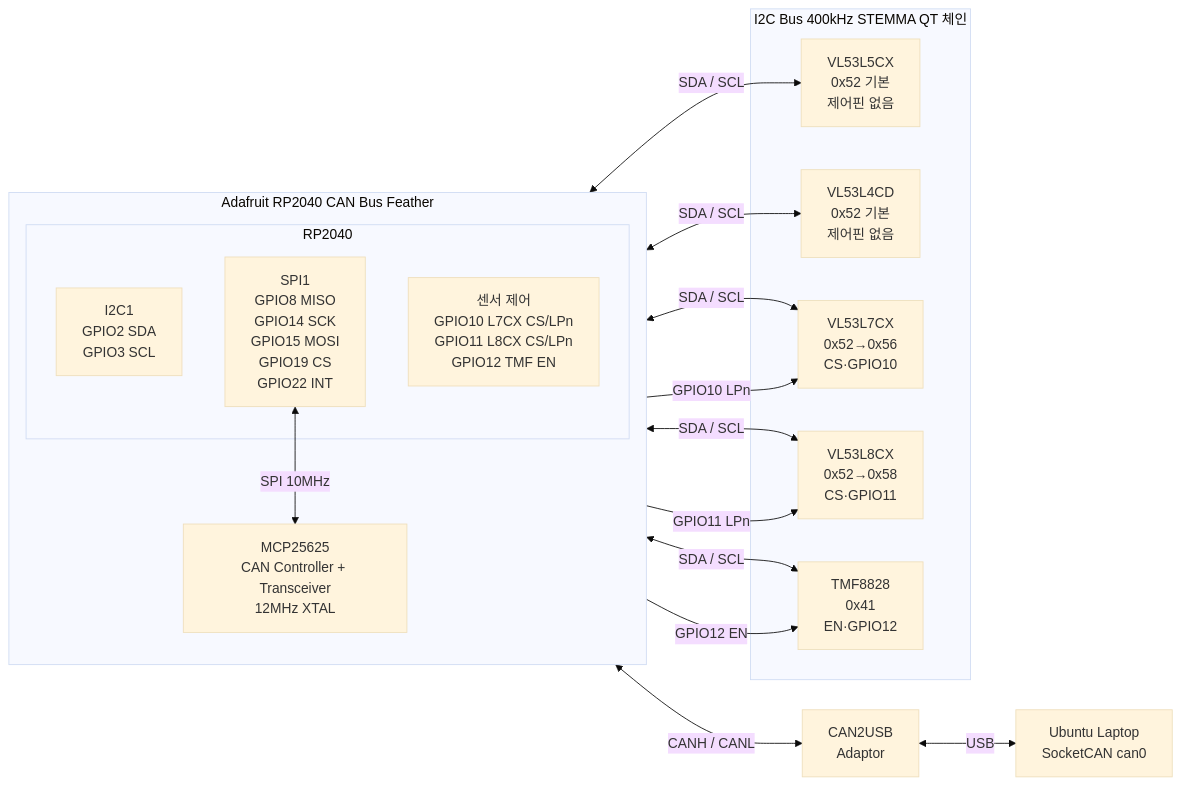
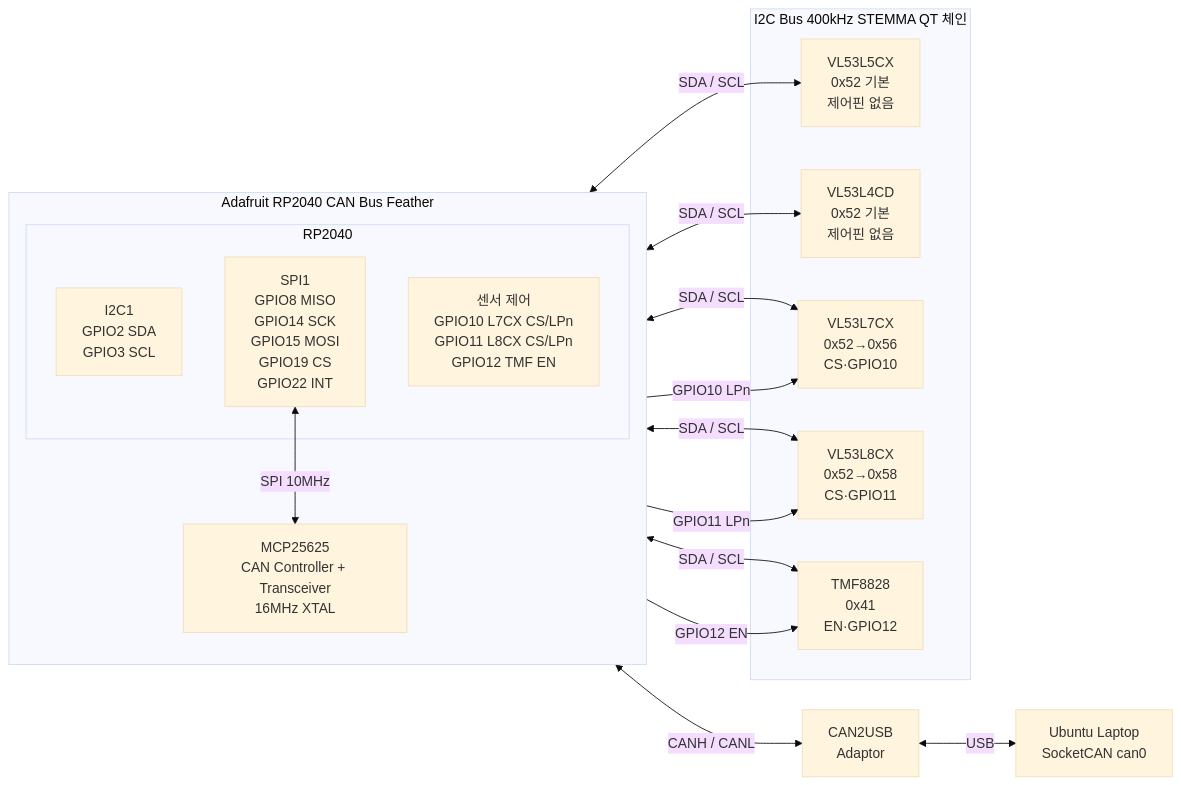
The diagram in wiring_diagram.md (wntdev99/tof_to_can), drawn with Mermaid (base theme) before and after one commit. The commit also changed other lines of this file, not shown here.

Commit message:
docs: wiring_diagram 의 XTAL 표기를 실제 보드(16 MHz) 에 맞춤
실 하드웨어(Adafruit RP2040 CAN Feather)의 MCP25625 XTAL 은 16 MHz 인데
다이어그램과 주의사항에 12 MHz 로 기재되어 있어 혼선을 유발했음.
(비트타이밍 매크로는 커밋 309f546 에서 이미 16 MHz 기준으로 정정됨.)

````diff
--- a/wiring_diagram.md
+++ b/wiring_diagram.md
@@ -5,34 +5,34 @@
 ```mermaid
 flowchart LR
     subgraph FEATHER["Adafruit RP2040 CAN Bus Feather"]
         direction TB
         subgraph RP["RP2040"]
             I2C_PINS["I2C1\nGPIO2 SDA\nGPIO3 SCL"]
             CTRL_PINS["센서 제어\nGPIO10 L7CX CS/LPn\nGPIO11 L8CX CS/LPn\nGPIO12 TMF EN"]
             SPI_PINS["SPI1\nGPIO8  MISO\nGPIO14 SCK\nGPIO15 MOSI\nGPIO19 CS\nGPIO22 INT"]
         end
-        MCP["MCP25625\nCAN Controller + Transceiver\n12MHz XTAL"]
+        MCP["MCP25625\nCAN Controller + Transceiver\n16MHz XTAL"]
         SPI_PINS <-->|SPI 10MHz| MCP
     end
 
     subgraph SENSORS["I2C Bus  400kHz  STEMMA QT 체인"]
         L5["VL53L5CX\n0x52 기본\n제어핀 없음"]
         L4["VL53L4CD\n0x52 기본\n제어핀 없음"]
         L7["VL53L7CX\n0x52→0x56\nCS·GPIO10"]
         L8["VL53L8CX\n0x52→0x58\nCS·GPIO11"]
         TMF["TMF8828\n0x41\nEN·GPIO12"]
     end
 
     I2C_PINS <-->|SDA / SCL| L5
     I2C_PINS <-->|SDA / SCL| L4
     I2C_PINS <-->|SDA / SCL| L7
     I2C_PINS <-->|SDA / SCL| L8
     I2C_PINS <-->|SDA / SCL| TMF
 
     CTRL_PINS -->|GPIO10 LPn| L7
     CTRL_PINS -->|GPIO11 LPn| L8
     CTRL_PINS -->|GPIO12 EN| TMF
 
     MCP <-->|CANH / CANL| CAN2USB["CAN2USB\nAdaptor"]
     CAN2USB <-->|USB| UBUNTU["Ubuntu Laptop\nSocketCAN  can0"]
 ```
````
